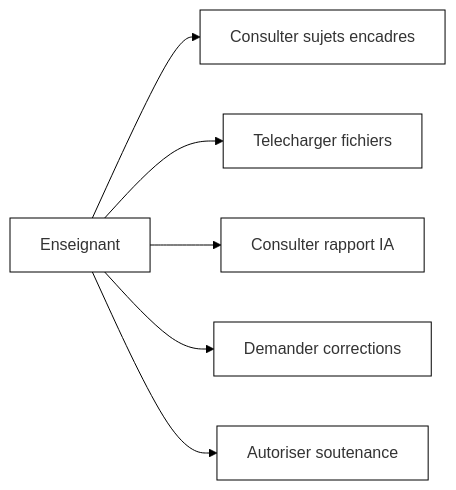
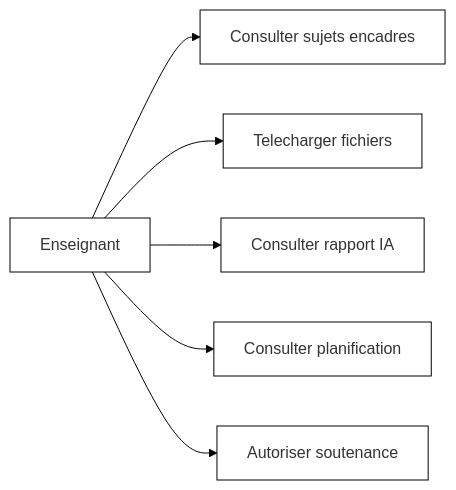
Before and after one commit to DavidMwangaza/TFC-Manager: the fourth of 13 diagrams in DIAGRAMMES-PAR-FIGURE-NB.md, drawn with Mermaid. The commit also changed other lines of this file and 34 other files, not shown here.

````diff
--- a/DIAGRAMMES-PAR-FIGURE-NB.md
+++ b/DIAGRAMMES-PAR-FIGURE-NB.md
@@ -51,9 +54,9 @@
 ```mermaid
 %%{init: {'theme':'base','themeVariables': {'background':'#ffffff','primaryColor':'#ffffff','primaryBorderColor':'#000000','lineColor':'#000000','textColor':'#000000'}}}%%
 graph LR
     T[Enseignant] --> A[Consulter sujets encadres]
     T --> B[Telecharger fichiers]
     T --> C[Consulter rapport IA]
-    T --> D[Demander corrections]
+    T --> D[Consulter planification]
     T --> E[Autoriser soutenance]
 ```
````
